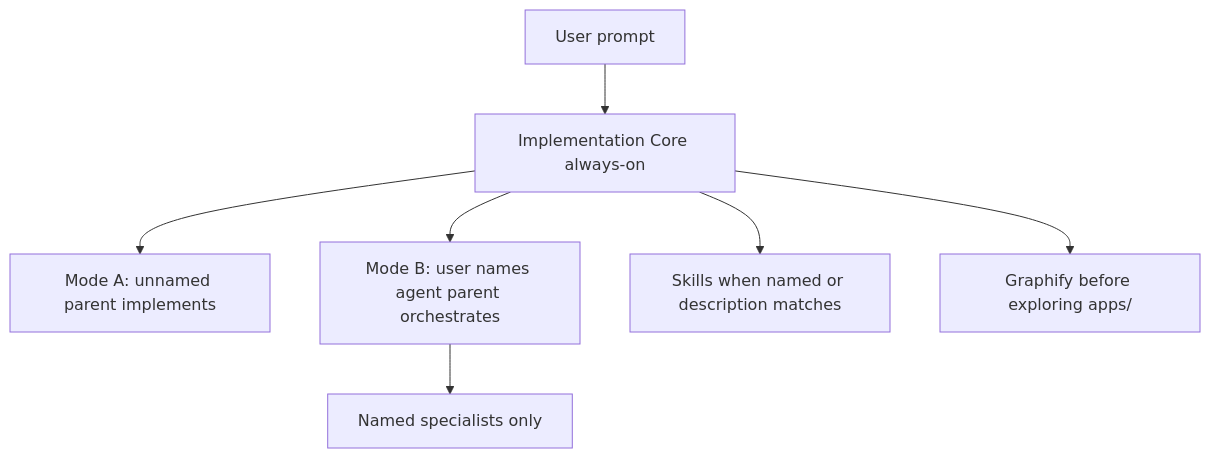
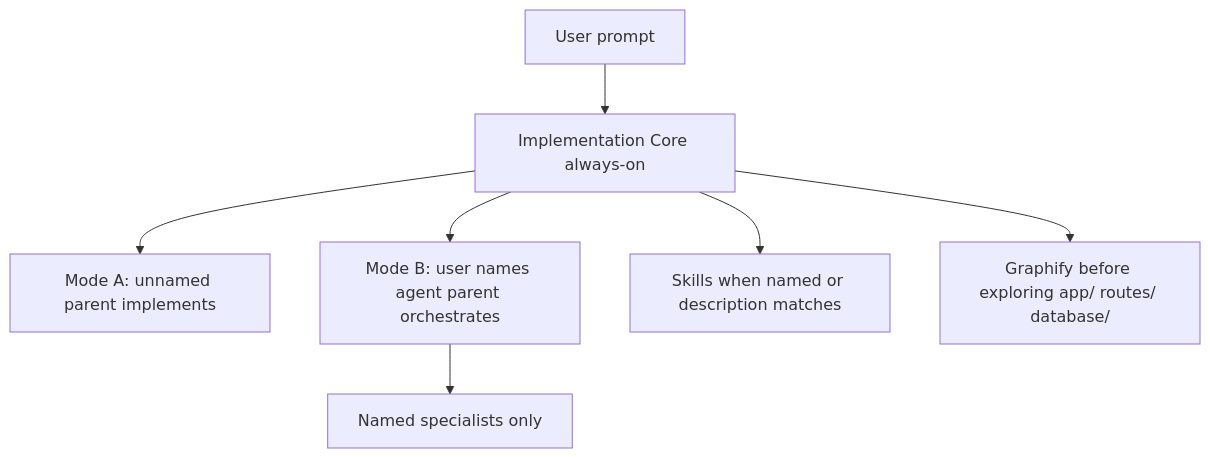
One commit to markky007/ai-agents-setup-cursor-php changed the diagram in README.md. Above: the diagram before and after it, drawn with Mermaid. The commit also changed other lines of this file and 44 other files, not shown here.

````diff
--- a/README.md
+++ b/README.md
@@ -49,9 +46,9 @@
 ```mermaid
 flowchart TD
   prompt[User prompt] --> core[Implementation Core always-on]
   core --> modeA["Mode A: unnamed parent implements"]
   core --> modeB["Mode B: user names agent parent orchestrates"]
   core --> skills[Skills when named or description matches]
-  core --> graphify["Graphify before exploring apps/"]
+  core --> graphify["Graphify before exploring app/ routes/ database/"]
   modeB --> specialists[Named specialists only]
 ```
````
